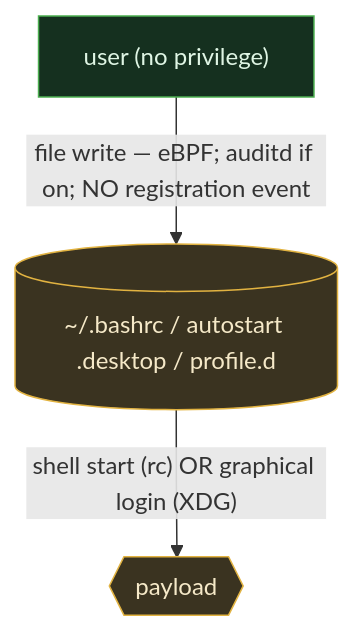
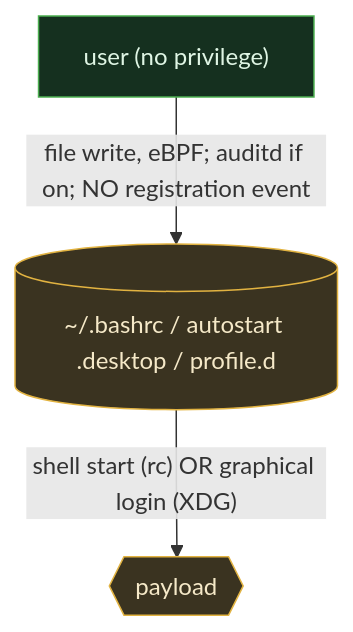
One commit to iimp0ster/os-internals-de-guide changed the third of 4 diagrams in src/persistence/03-login-shell-hooks.md. Above: the diagram before and after it, drawn with Mermaid. The commit also changed other lines of this file and 53 other files, not shown here.

````diff
--- a/src/persistence/03-login-shell-hooks.md
+++ b/src/persistence/03-login-shell-hooks.md
@@ -76,7 +73,7 @@
 ```mermaid
 flowchart TB
-    P["user (no privilege)"]:::seen -->|"file write — eBPF; auditd if on; NO registration event"| CFG[("~/.bashrc / autostart .desktop / profile.d")]:::part
+    P["user (no privilege)"]:::seen -->|"file write, eBPF; auditd if on; NO registration event"| CFG[("~/.bashrc / autostart .desktop / profile.d")]:::part
     CFG -->|"shell start (rc) OR graphical login (XDG)"| PAY{{"payload"}}:::part
     classDef seen fill:#15301f,stroke:#4caf50,color:#dff5e4;
     classDef part fill:#3a3320,stroke:#e2b341,color:#f5e9c8;
 ```
````
